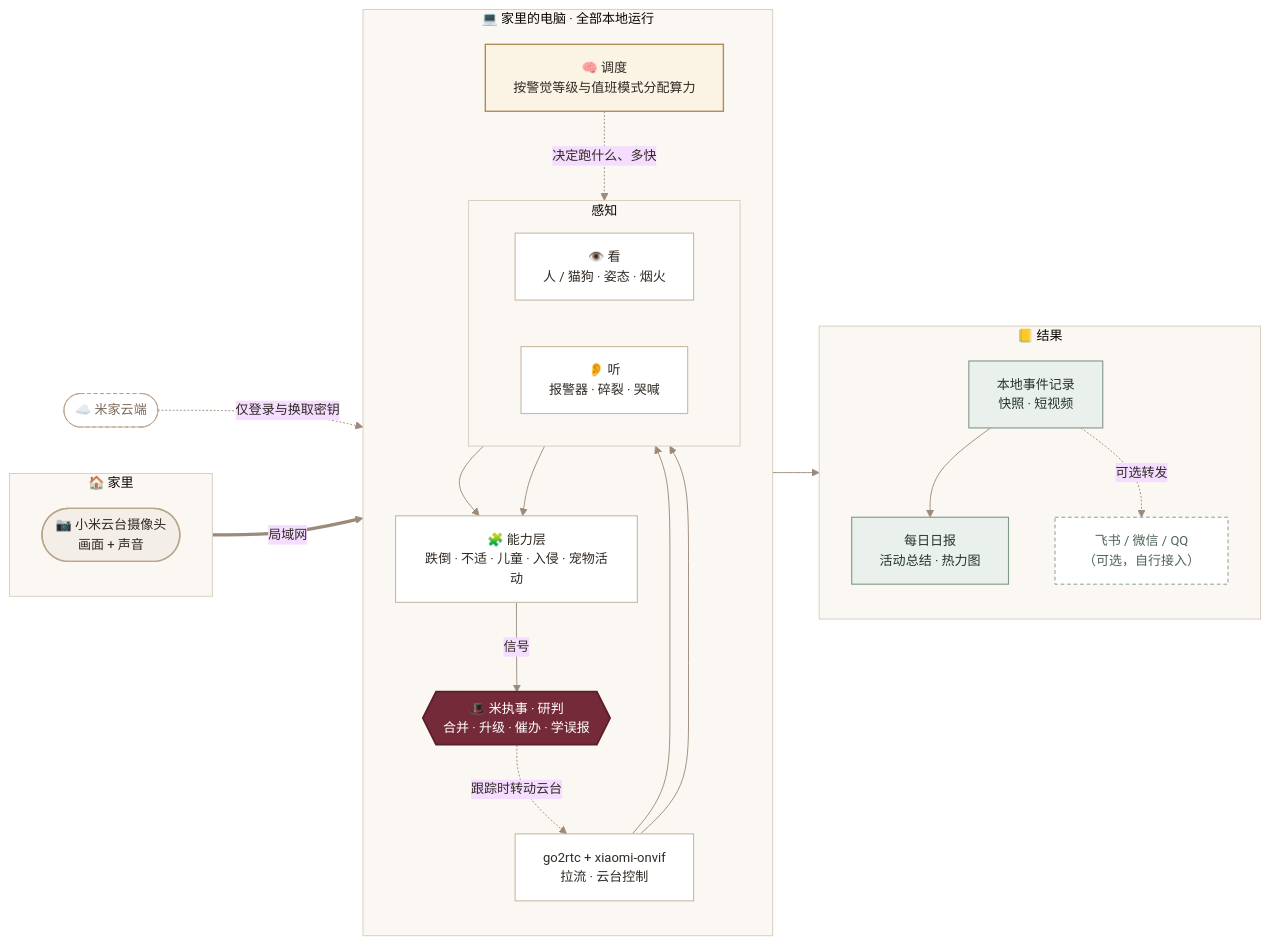
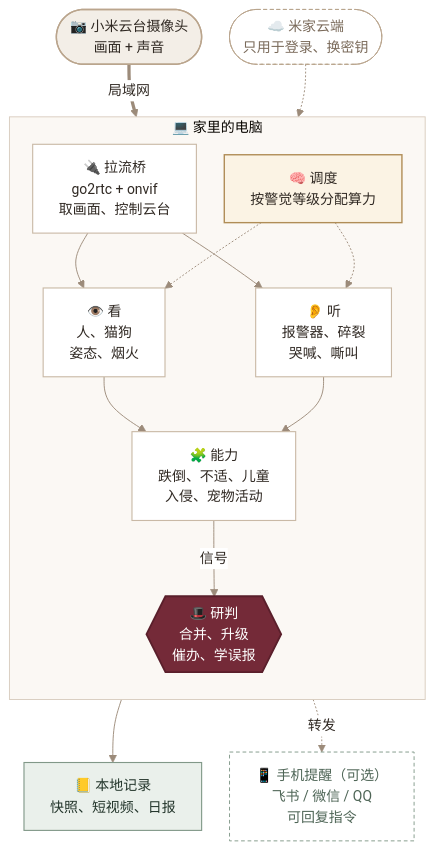
The first of 3 diagrams in README.md (JuneYaooo/caregiving-eye), drawn with Mermaid before and after one commit. The commit also changed other lines of this file and 14 other files, not shown here.

````diff
--- a/README.md
+++ b/README.md
@@ -79,55 +81,44 @@
 ```mermaid
-%%{init: {"theme": "base", "themeVariables": {"fontFamily": "PingFang SC, Microsoft YaHei, sans-serif", "fontSize": "14px", "lineColor": "#9C8B7A", "primaryTextColor": "#302923", "clusterBkg": "#FBF8F4", "clusterBorder": "#D8CCBE"}}}%%
-flowchart LR
-    subgraph HOME_["🏠 家里"]
+%%{init: {"theme": "base", "themeVariables": {"fontFamily": "PingFang SC, Microsoft YaHei, sans-serif", "fontSize": "15px", "lineColor": "#9C8B7A", "primaryTextColor": "#302923", "clusterBkg": "#FBF8F4", "clusterBorder": "#D8CCBE", "edgeLabelBackground": "#FFFFFF"}, "flowchart": {"nodeSpacing": 30, "rankSpacing": 34, "padding": 14}}}%%
+flowchart TB
+    cam(["📷 小米云台摄像头<br/>画面 + 声音"])
+    cloud(["☁️ 米家云端<br/>只用于登录、换密钥"])
+
+    subgraph PC["💻 家里的电脑"]
         direction TB
-        cam(["📷 小米云台摄像头<br/>画面 + 声音"])
-    end
-
-    subgraph PC["💻 家里的电脑 · 全部本地运行"]
-        direction TB
-        bridge["go2rtc + xiaomi-onvif<br/>拉流 · 云台控制"]
-        subgraph SENSE["感知"]
-            direction LR
-            see["👁️ 看<br/>人 / 猫狗 · 姿态 · 烟火"]
-            hear["👂 听<br/>报警器 · 碎裂 · 哭喊"]
-        end
-        brain["🧠 调度<br/>按警觉等级与值班模式分配算力"]
-        skill["🧩 能力层<br/>跌倒 · 不适 · 儿童 · 入侵 · 宠物活动"]
-        butler{{"🎩 米执事 · 研判<br/>合并 · 升级 · 催办 · 学误报"}}
+        bridge["🔌 拉流桥<br/>go2rtc + onvif<br/>取画面、控制云台"]
+        brain["🧠 调度<br/>按警觉等级分配算力"]
+        see["👁️ 看<br/>人、猫狗<br/>姿态、烟火"]
+        hear["👂 听<br/>报警器、碎裂<br/>哭喊、嘶叫"]
+        skill["🧩 能力<br/>跌倒、不适、儿童<br/>入侵、宠物活动"]
+        butler{{"🎩 研判<br/>合并、升级<br/>催办、学误报"}}
         bridge --> see & hear
-        brain -. 决定跑什么、多快 .-> see
-        see --> skill
-        hear --> skill
+        brain -.-> see & hear
+        see & hear --> skill
         skill -- 信号 --> butler
     end
 
-    subgraph OUT["📒 结果"]
-        direction TB
-        log["本地事件记录<br/>快照 · 短视频"]
-        rpt["每日日报<br/>活动总结 · 热力图"]
-        bot["飞书 / 微信 / QQ<br/>（可选，自行接入）"]
-    end
+    log["📒 本地记录<br/>快照、短视频、日报"]
+    bot["📱 手机提醒（可选）<br/>飞书 / 微信 / QQ<br/>可回复指令"]
 
-    cloud(["☁️ 米家云端"]) -. 仅登录与换取密钥 .-> bridge
     cam == 局域网 ==> bridge
-    butler --> log --> rpt
-    log -. 可选转发 .-> bot
-    butler -. 跟踪时转动云台 .-> bridge
+    cloud -.-> bridge
+    butler --> log
+    butler -. 转发 .-> bot
 
     classDef device fill:#F3EEE7,stroke:#BAA58D,stroke-width:1.5px,color:#302923
     classDef cloudc fill:#FFFFFF,stroke:#BAA58D,stroke-dasharray:4 3,color:#7A6A5A
     classDef step fill:#FFFFFF,stroke:#C9B9A6,stroke-width:1.2px,color:#302923
     classDef core fill:#742A38,stroke:#5A1F2B,stroke-width:2px,color:#FFFFFF
     classDef gate fill:#FBF3E4,stroke:#B08D57,stroke-width:1.5px,color:#302923
     classDef result fill:#EAF0EB,stroke:#819888,stroke-width:1.2px,color:#23352B
     classDef optional fill:#FFFFFF,stroke:#819888,stroke-dasharray:4 3,color:#4E6556
 
     class cam device
     class cloud cloudc
     class bridge,see,hear,skill step
     class brain gate
     class butler core
-    class log,rpt result
+    class log result
     class bot optional
 ```
````
